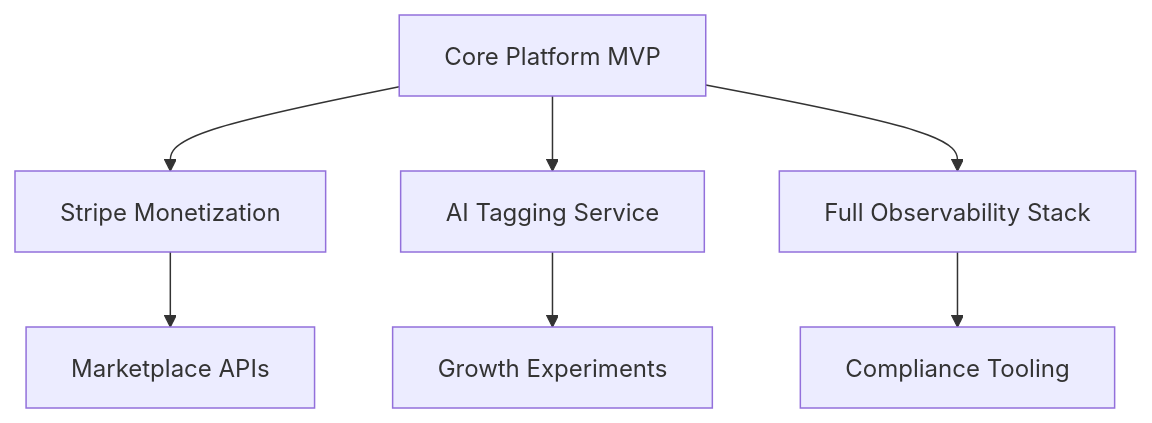
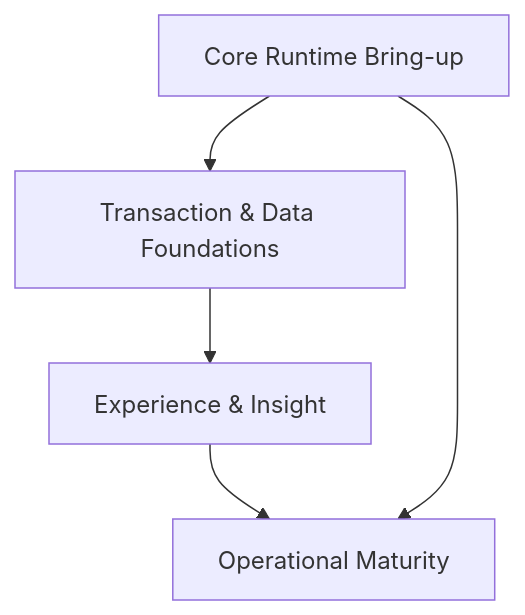
One commit to shari-ar/Assets changed the diagram in docs/roadmap.md. Above: the diagram before and after it, drawn with Mermaid. The commit also changed other lines of this file, not shown here.

Commit message:
Refocus roadmap on documented capabilities

````diff
--- a/docs/roadmap.md
+++ b/docs/roadmap.md
@@ -40,9 +59,7 @@
 ```mermaid
 graph TD
-  Core[Core Platform MVP] --> Billing[Stripe Monetization]
-  Core --> AI[AI Tagging Service]
-  Core --> Observability[Full Observability Stack]
-  Billing --> Marketplace[Marketplace APIs]
-  AI --> Growth[Growth Experiments]
-  Observability --> Compliance[Compliance Tooling]
+  Runtime[Core Runtime Bring-up] --> Transactions[Transaction & Data Foundations]
+  Transactions --> Experience[Experience & Insight]
+  Experience --> Operations[Operational Maturity]
+  Runtime --> Operations
 ```
````
